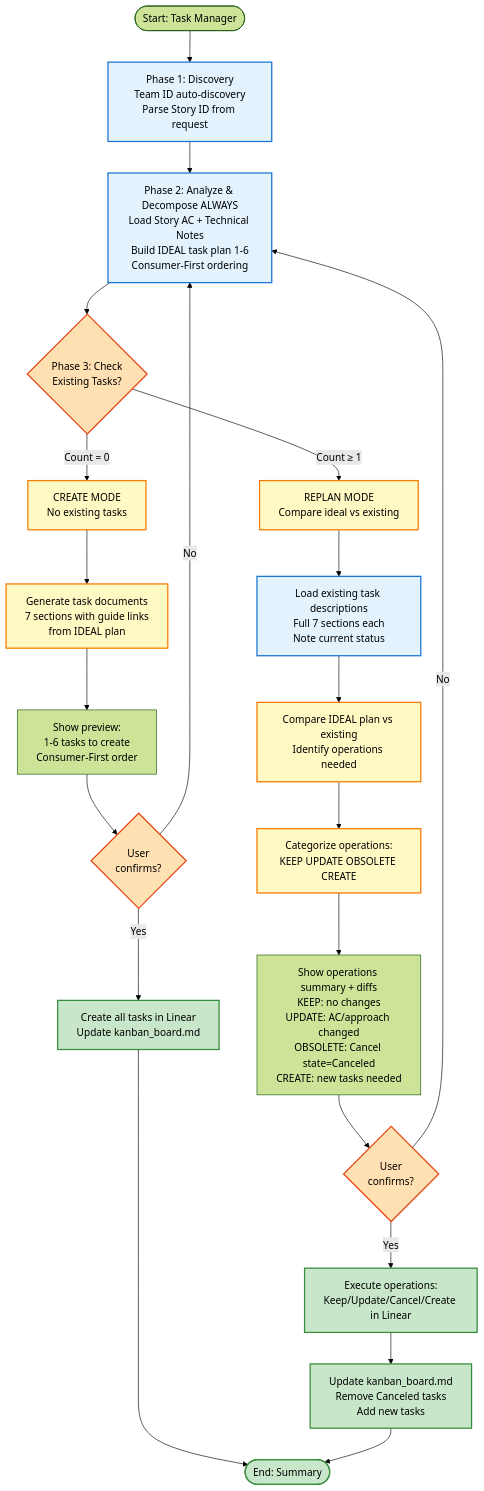
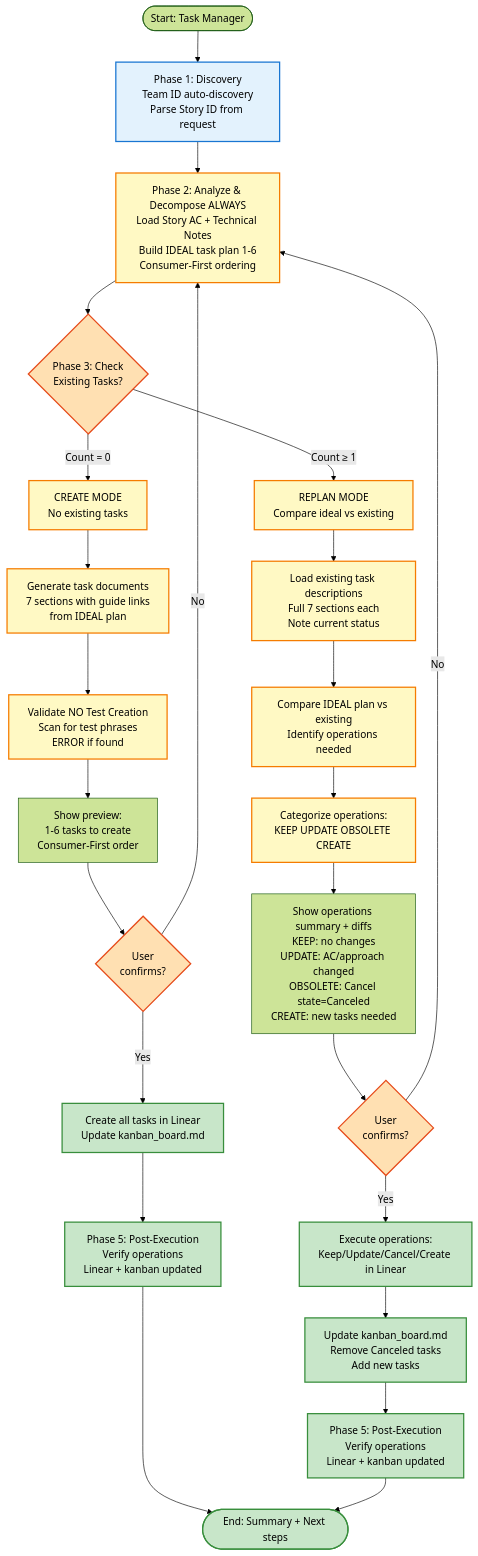
The diagram in x-task-manager/diagram.mmd (levnikolaevich/claude-code-skills), drawn with Mermaid (forest theme) before and after one commit. The commit also changed 17 other files, not shown here.

```diff
--- a/x-task-manager/diagram.mmd
+++ b/x-task-manager/diagram.mmd
@@ -1,41 +1,44 @@
 %% x-task-manager: Task Manager
 %% Universal task operations (create/update/replan) with automatic decomposition
 %% Decompose-First Pattern: Build IDEAL plan → Check existing → Create or Replan
 
 graph TD
     Start([Start: Task Manager]) --> Phase1[Phase 1: Discovery<br/>Team ID auto-discovery<br/>Parse Story ID from request]
 
     Phase1 --> Phase2[Phase 2: Analyze & Decompose ALWAYS<br/>Load Story AC + Technical Notes<br/>Build IDEAL task plan 1-6<br/>Consumer-First ordering]
 
     Phase2 --> Phase3{Phase 3: Check<br/>Existing Tasks?}
 
     Phase3 -->|Count = 0| CreateMode[CREATE MODE<br/>No existing tasks]
     Phase3 -->|Count ≥ 1| ReplanMode[REPLAN MODE<br/>Compare ideal vs existing]
 
     CreateMode --> Generate[Generate task documents<br/>7 sections with guide links<br/>from IDEAL plan]
-    Generate --> ShowCreate[Show preview:<br/>1-6 tasks to create<br/>Consumer-First order]
+    Generate --> ValidateTests[Validate NO Test Creation<br/>Scan for test phrases<br/>ERROR if found]
+    ValidateTests --> ShowCreate[Show preview:<br/>1-6 tasks to create<br/>Consumer-First order]
     ShowCreate --> ConfirmCreate{User<br/>confirms?}
     ConfirmCreate -->|No| Phase2
     ConfirmCreate -->|Yes| ExecuteCreate[Create all tasks in Linear<br/>Update kanban_board.md]
-    ExecuteCreate --> End([End: Summary])
+    ExecuteCreate --> Phase5Create[Phase 5: Post-Execution<br/>Verify operations<br/>Linear + kanban updated]
+    Phase5Create --> End([End: Summary + Next steps])
 
     ReplanMode --> LoadExisting[Load existing task descriptions<br/>Full 7 sections each<br/>Note current status]
     LoadExisting --> Compare[Compare IDEAL plan vs existing<br/>Identify operations needed]
     Compare --> Categorize[Categorize operations:<br/>KEEP UPDATE OBSOLETE CREATE]
     Categorize --> ShowReplan[Show operations summary + diffs<br/>KEEP: no changes<br/>UPDATE: AC/approach changed<br/>OBSOLETE: Cancel state=Canceled<br/>CREATE: new tasks needed]
     ShowReplan --> ConfirmReplan{User<br/>confirms?}
     ConfirmReplan -->|No| Phase2
     ConfirmReplan -->|Yes| ExecuteReplan[Execute operations:<br/>Keep/Update/Cancel/Create in Linear]
     ExecuteReplan --> UpdateKanban[Update kanban_board.md<br/>Remove Canceled tasks<br/>Add new tasks]
-    UpdateKanban --> End
+    UpdateKanban --> Phase5Replan[Phase 5: Post-Execution<br/>Verify operations<br/>Linear + kanban updated]
+    Phase5Replan --> End
 
     %% Styling
     classDef discovery fill:#E3F2FD,stroke:#1976D2,stroke-width:2px
     classDef processing fill:#FFF9C4,stroke:#F57C00,stroke-width:2px
     classDef decision fill:#FFE0B2,stroke:#E64A19,stroke-width:2px
     classDef action fill:#C8E6C9,stroke:#388E3C,stroke-width:2px
 
-    class Phase1,Phase2,LoadExisting discovery
-    class CreateMode,ReplanMode,Generate,Compare,Categorize processing
+    class Phase1 discovery
+    class Phase2,CreateMode,ReplanMode,Generate,ValidateTests,LoadExisting,Compare,Categorize processing
     class Phase3,ConfirmCreate,ConfirmReplan decision
-    class ExecuteCreate,ExecuteReplan,UpdateKanban,End action
+    class ExecuteCreate,ExecuteReplan,UpdateKanban,Phase5Create,Phase5Replan,End action
```
